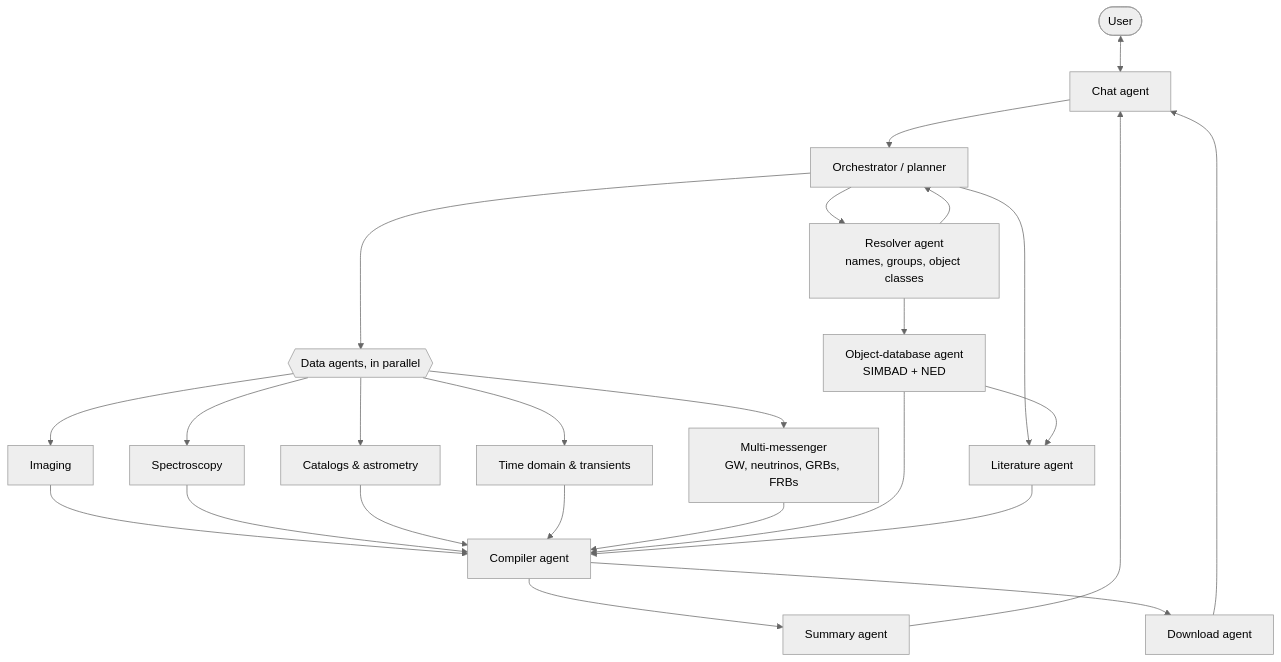
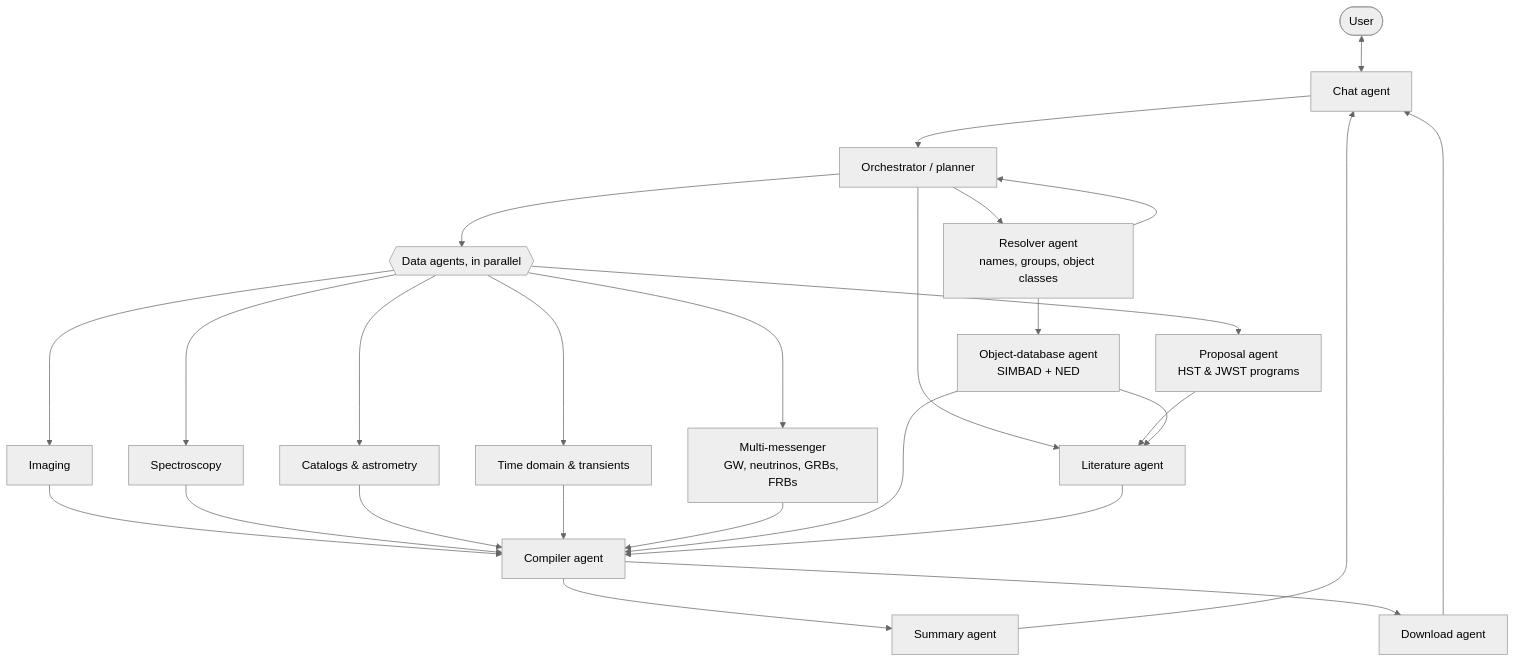
The diagram in README.md (KevinMcK95/scoop), drawn with Mermaid (neutral theme) before and after one commit. The commit also changed other lines of this file and 10 other files, not shown here.

First line of the commit message:
Add data-source skills, proposal agent, and Draco smoke test with sky viewer

````diff
--- a/README.md
+++ b/README.md
@@ -202,23 +202,25 @@
 ```mermaid
 flowchart TD
     U([User]) <--> C[Chat agent]
     C --> O[Orchestrator / planner]
     O --> R[Resolver agent<br/>names, groups, object classes]
     R --> B[Object-database agent<br/>SIMBAD + NED]
     R --> O
     O --> D{{Data agents, in parallel}}
     O --> L[Literature agent]
+    D --> P[Proposal agent<br/>HST & JWST programs]
+    P --> L
     D --> I[Imaging]
     D --> S[Spectroscopy]
     D --> K[Catalogs & astrometry]
     D --> T[Time domain & transients]
     D --> M[Multi-messenger<br/>GW, neutrinos, GRBs, FRBs]
     I & S & K & T & M --> X[Compiler agent]
     B --> X
     B --> L
     L --> X
     X --> Y[Summary agent]
     X --> DL[Download agent]
     Y --> C
     DL --> C
 ```
````
